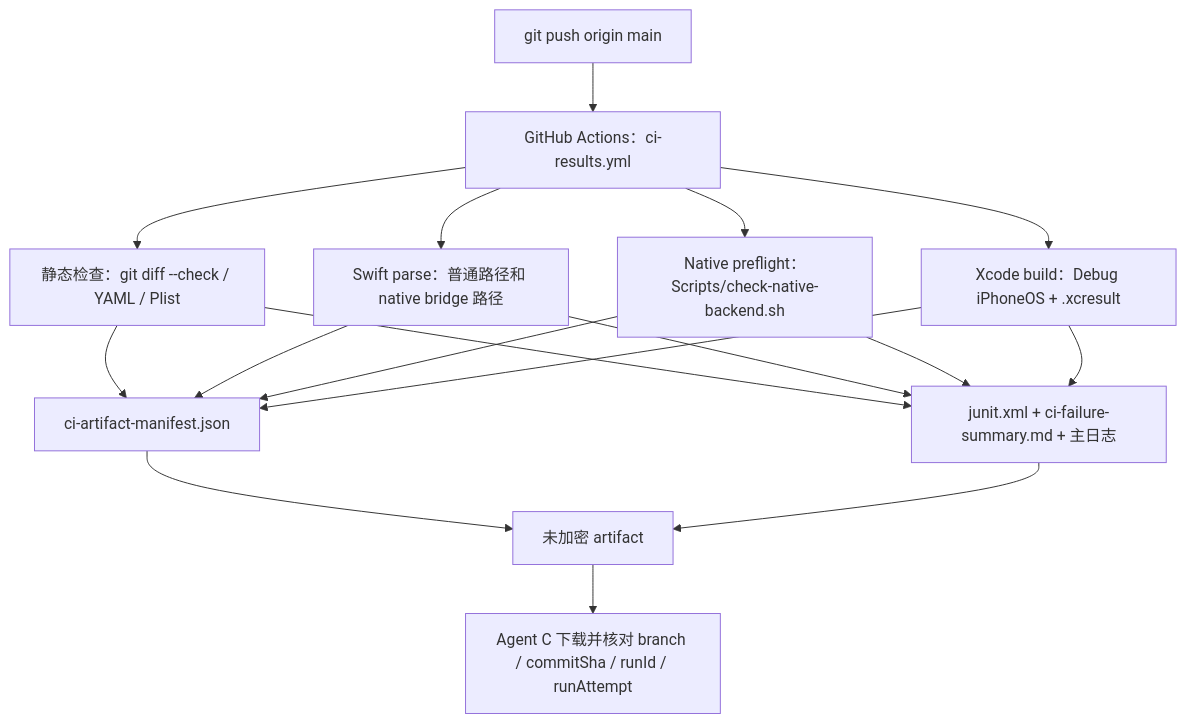
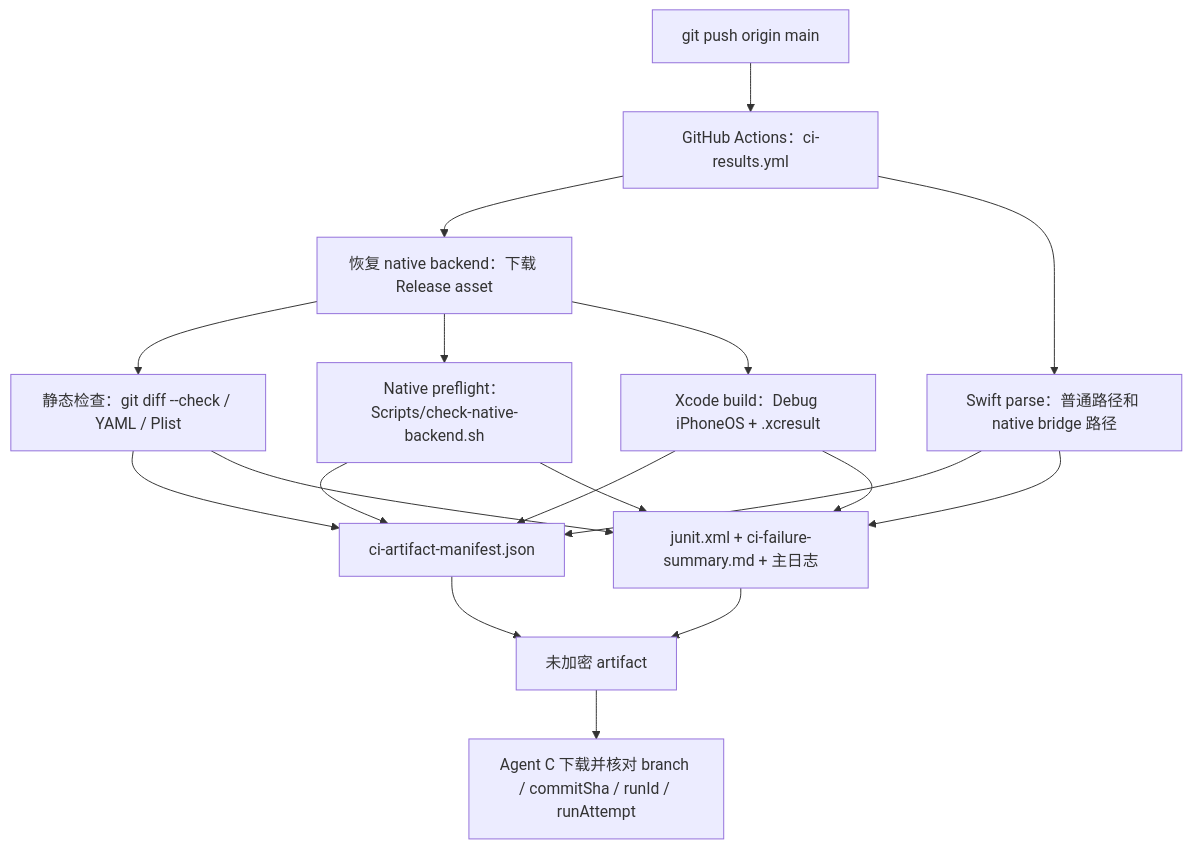
Before and after one commit to Altman-sam114/118: the fifth of 6 diagrams in md/flow/flowchart.md, drawn with Mermaid. The commit also changed 6 other files, not shown here.

````diff
--- a/md/flow/flowchart.md
+++ b/md/flow/flowchart.md
@@ -101,19 +101,20 @@
 ```mermaid
 flowchart TD
   A["git push origin main"] --> B["GitHub Actions：ci-results.yml"]
-  B --> C["静态检查：git diff --check / YAML / Plist"]
+  B --> R["恢复 native backend：下载 Release asset"]
+  R --> C["静态检查：git diff --check / YAML / Plist"]
   B --> D["Swift parse：普通路径和 native bridge 路径"]
-  B --> E["Native preflight：Scripts/check-native-backend.sh"]
-  B --> F["Xcode build：Debug iPhoneOS + .xcresult"]
+  R --> E["Native preflight：Scripts/check-native-backend.sh"]
+  R --> F["Xcode build：Debug iPhoneOS + .xcresult"]
   C --> G["ci-artifact-manifest.json"]
   D --> G
   E --> G
   F --> G
   C --> H["junit.xml + ci-failure-summary.md + 主日志"]
   D --> H
   E --> H
   F --> H
   G --> I["未加密 artifact"]
   H --> I
   I --> J["Agent C 下载并核对 branch / commitSha / runId / runAttempt"]
 ```
````
